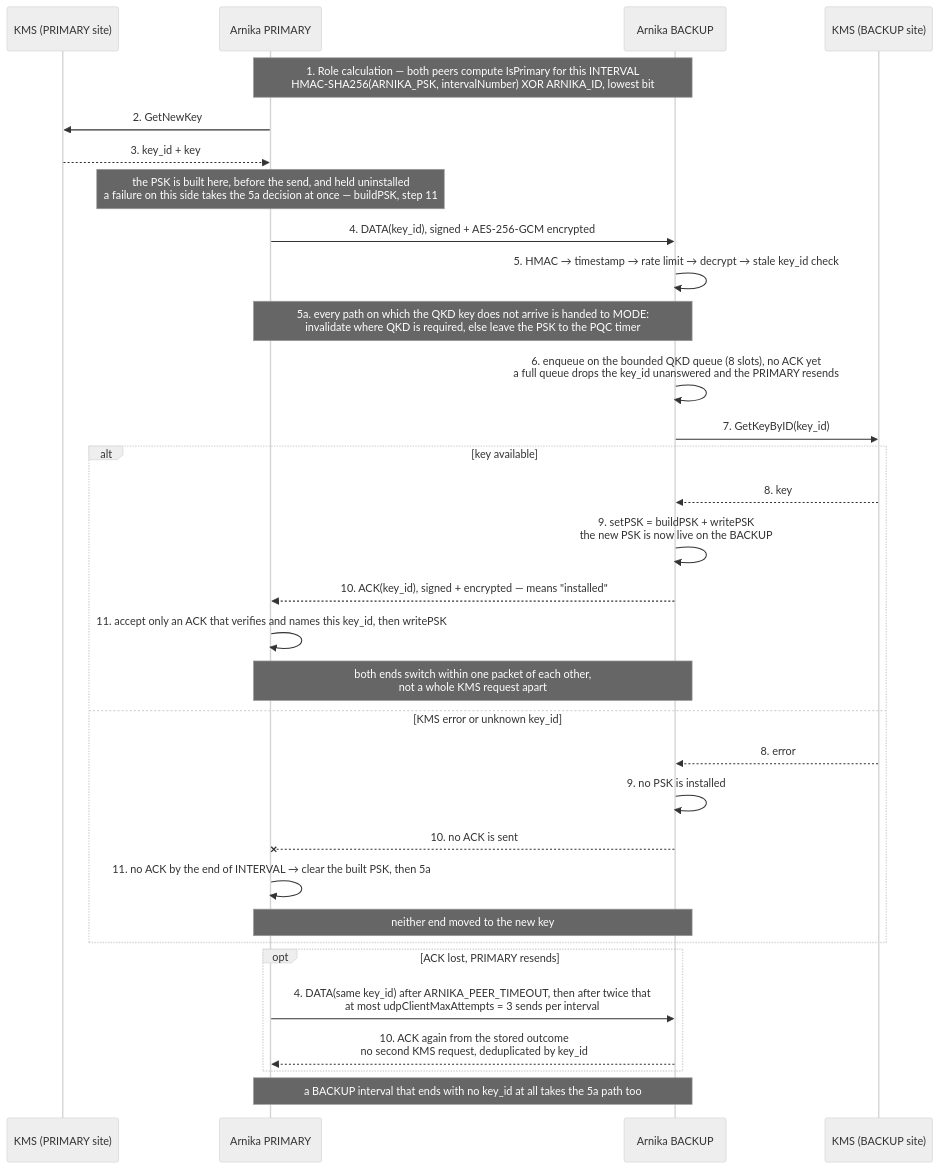
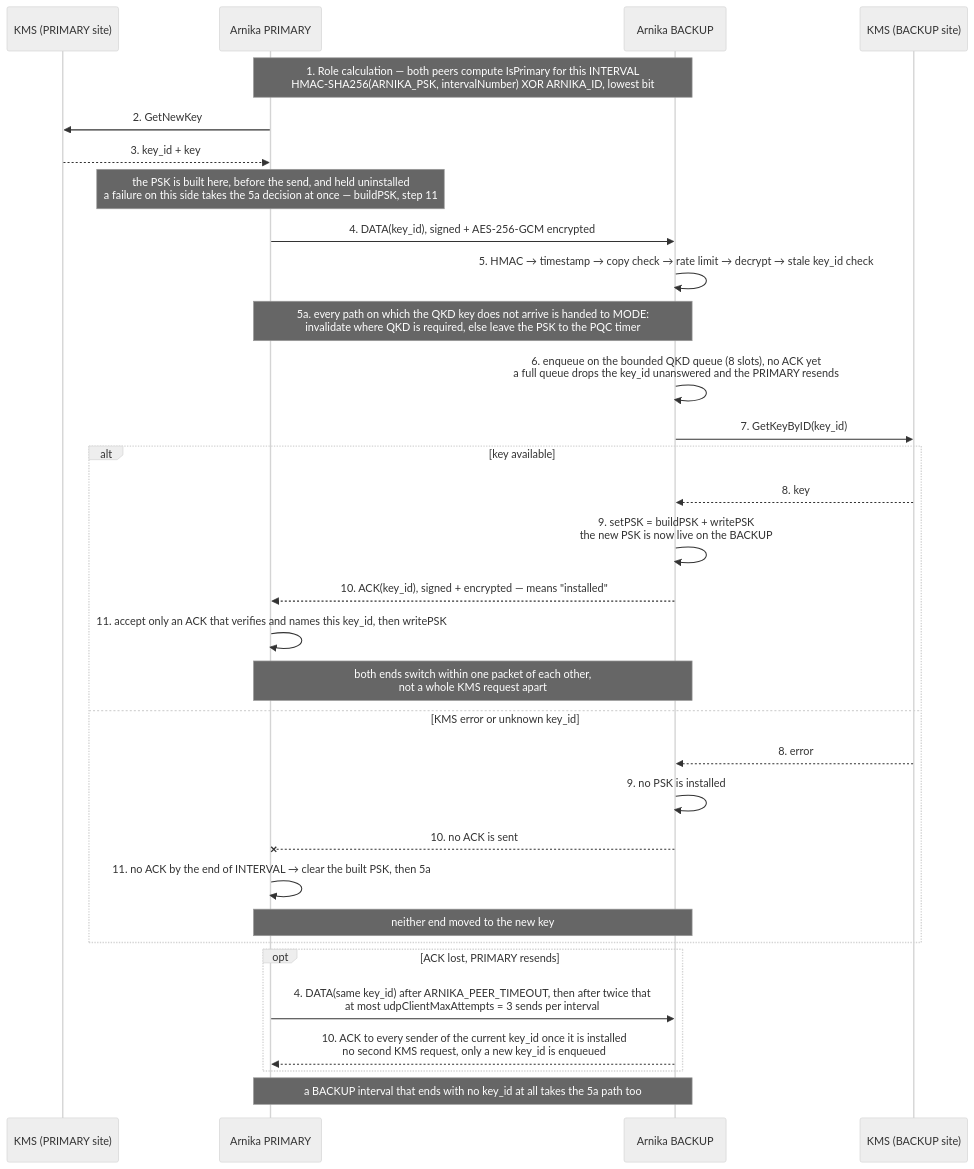
The first of 2 diagrams in CODEFLOW.md (arnika-project/arnika), drawn with Mermaid (neutral theme) before and after one commit. The commit also changed other lines of this file and 6 other files, not shown here.

````diff
--- a/CODEFLOW.md
+++ b/CODEFLOW.md
@@ -16,35 +16,35 @@
 ```mermaid
 sequenceDiagram
     participant KA as KMS (PRIMARY site)
     participant P as Arnika PRIMARY
     participant B as Arnika BACKUP
     participant KB as KMS (BACKUP site)
 
     Note over P,B: 1. Role calculation — both peers compute IsPrimary for this INTERVAL<br/>HMAC-SHA256(ARNIKA_PSK, intervalNumber) XOR ARNIKA_ID, lowest bit
     P->>KA: 2. GetNewKey
     KA-->>P: 3. key_id + key
     Note over P: the PSK is built here, before the send, and held uninstalled<br/>a failure on this side takes the 5a decision at once — buildPSK, step 11
     P->>B: 4. DATA(key_id), signed + AES-256-GCM encrypted
-    B->>B: 5. HMAC → timestamp → rate limit → decrypt → stale key_id check
+    B->>B: 5. HMAC → timestamp → copy check → rate limit → decrypt → stale key_id check
     Note over P,B: 5a. every path on which the QKD key does not arrive is handed to MODE:<br/>invalidate where QKD is required, else leave the PSK to the PQC timer
     B->>B: 6. enqueue on the bounded QKD queue (8 slots), no ACK yet<br/>a full queue drops the key_id unanswered and the PRIMARY resends
     B->>KB: 7. GetKeyByID(key_id)
     alt key available
         KB-->>B: 8. key
         B->>B: 9. setPSK = buildPSK + writePSK<br/>the new PSK is now live on the BACKUP
         B-->>P: 10. ACK(key_id), signed + encrypted — means "installed"
         P->>P: 11. accept only an ACK that verifies and names this key_id, then writePSK
         Note over P,B: both ends switch within one packet of each other,<br/>not a whole KMS request apart
     else KMS error or unknown key_id
         KB-->>B: 8. error
         B->>B: 9. no PSK is installed
         B--xP: 10. no ACK is sent
         P->>P: 11. no ACK by the end of INTERVAL → clear the built PSK, then 5a
         Note over P,B: neither end moved to the new key
     end
     opt ACK lost, PRIMARY resends
         P->>B: 4. DATA(same key_id) after ARNIKA_PEER_TIMEOUT, then after twice that<br/>at most udpClientMaxAttempts = 3 sends per interval
-        B-->>P: 10. ACK again from the stored outcome<br/>no second KMS request, deduplicated by key_id
+        B-->>P: 10. ACK to every sender of the current key_id once it is installed<br/>no second KMS request, only a new key_id is enqueued
     end
     Note over P,B: a BACKUP interval that ends with no key_id at all takes the 5a path too
 ```
````
